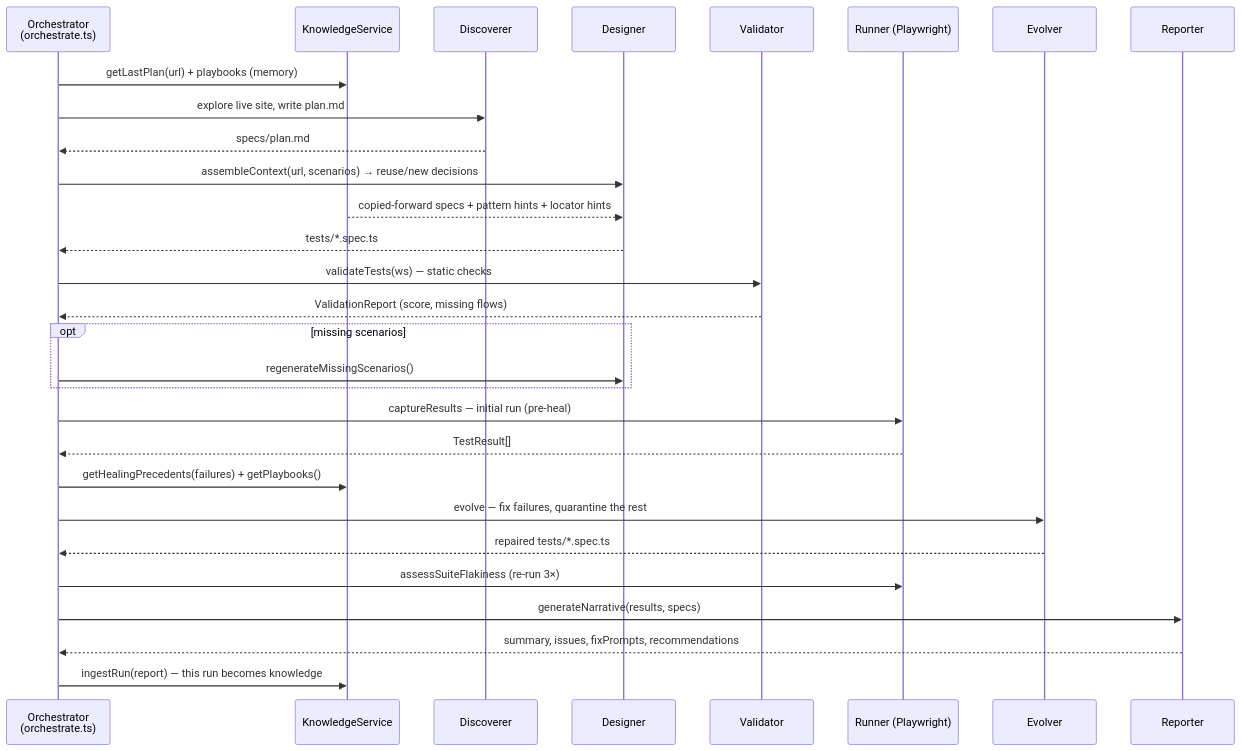
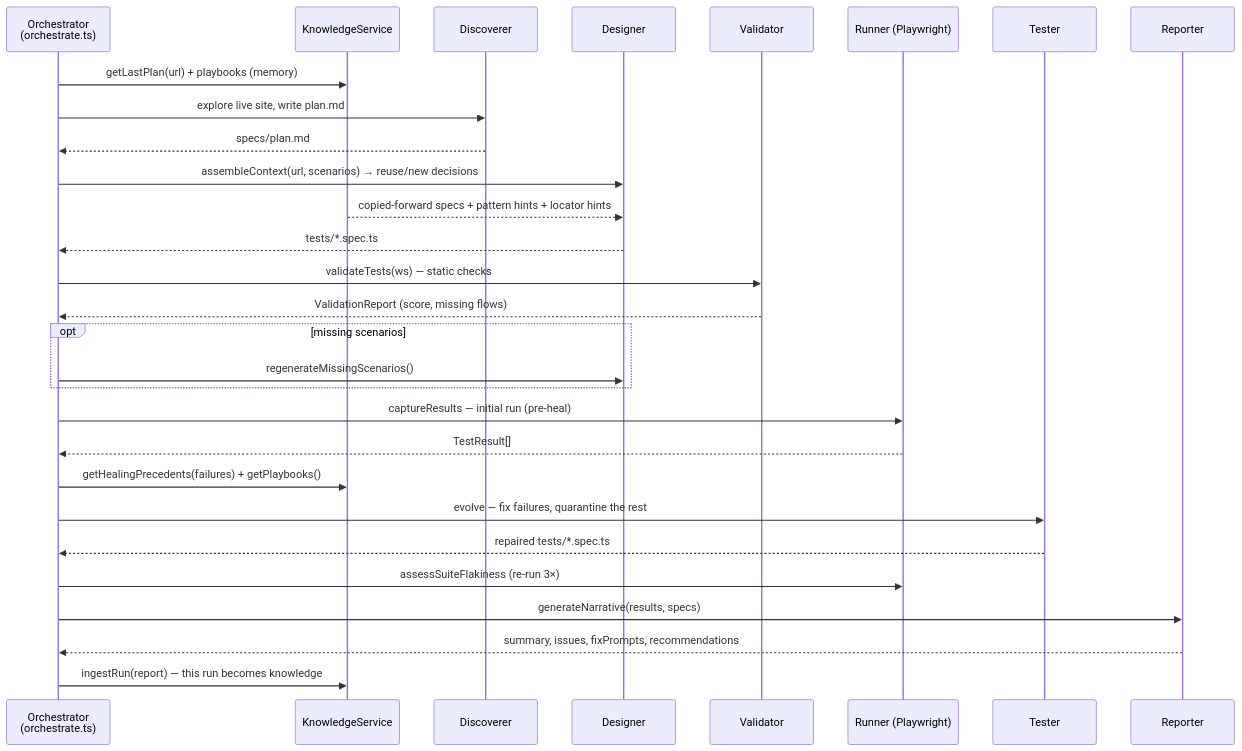
One commit to spalanivelu1989/test-suite changed the second of 13 diagrams in architecture.md. Above: the diagram before and after it, drawn with Mermaid. The commit also changed other lines of this file and 86 other files, not shown here.

````diff
--- a/architecture.md
+++ b/architecture.md
@@ -176,32 +196,32 @@
 ```mermaid
 sequenceDiagram
     participant O as Orchestrator<br/>(orchestrate.ts)
     participant K as KnowledgeService
     participant D1 as Discoverer
     participant D2 as Designer
     participant V as Validator
     participant R as Runner (Playwright)
-    participant D3 as Evolver
+    participant D3 as Tester
     participant D4 as Reporter
 
     O->>K: getLastPlan(url) + playbooks (memory)
     O->>D1: explore live site, write plan.md
     D1-->>O: specs/plan.md
     O->>D2: assembleContext(url, scenarios) → reuse/new decisions
     K-->>D2: copied-forward specs + pattern hints + locator hints
     D2-->>O: tests/*.spec.ts
     O->>V: validateTests(ws) — static checks
     V-->>O: ValidationReport (score, missing flows)
     opt missing scenarios
         O->>D2: regenerateMissingScenarios()
     end
     O->>R: captureResults — initial run (pre-heal)
     R-->>O: TestResult[]
     O->>K: getHealingPrecedents(failures) + getPlaybooks()
     O->>D3: evolve — fix failures, quarantine the rest
     D3-->>O: repaired tests/*.spec.ts
     O->>R: assessSuiteFlakiness (re-run 3×)
     O->>D4: generateNarrative(results, specs)
     D4-->>O: summary, issues, fixPrompts, recommendations
     O->>K: ingestRun(report) — this run becomes knowledge
 ```
````
